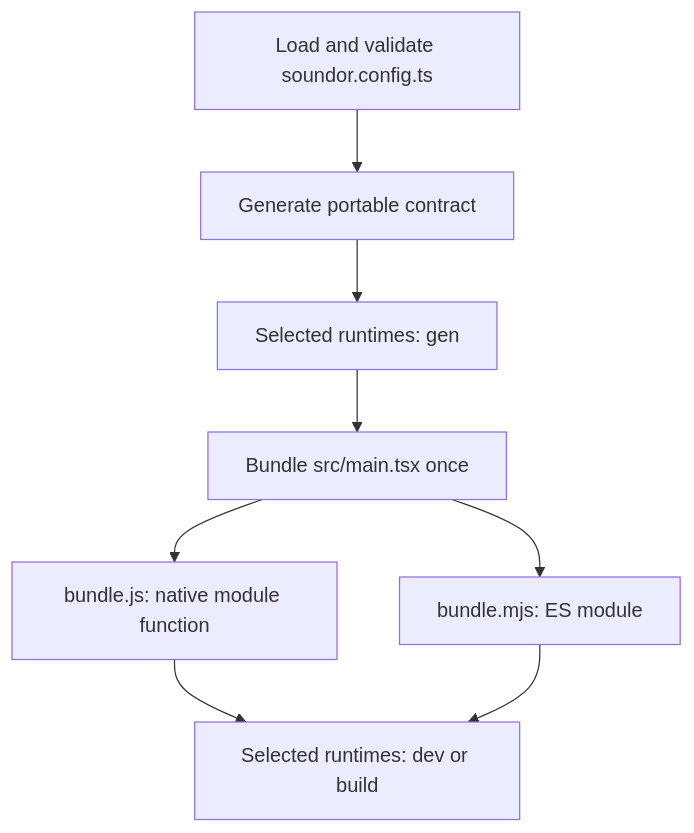
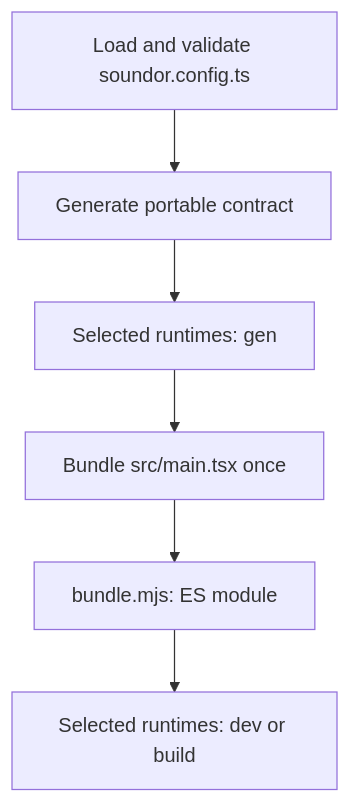
One commit to soundor/soundor changed the diagram in apps/website/content/docs/contribute/pipeline.md. Above: the diagram before and after it, drawn with Mermaid. The commit also changed other lines of this file and 52 other files, not shown here.

````diff
--- a/apps/website/content/docs/contribute/pipeline.md
+++ b/apps/website/content/docs/contribute/pipeline.md
@@ -25,10 +25,8 @@
 ```mermaid
 flowchart TD
     config["Load and validate soundor.config.ts"] --> gen["Generate portable contract"]
     gen --> runtimegen["Selected runtimes: gen"]
     runtimegen --> bundle["Bundle src/main.tsx once"]
-    bundle --> native["bundle.js: native module function"]
     bundle --> esm["bundle.mjs: ES module"]
-    native --> phases["Selected runtimes: dev or build"]
-    esm --> phases
+    esm --> phases["Selected runtimes: dev or build"]
 ```
````
